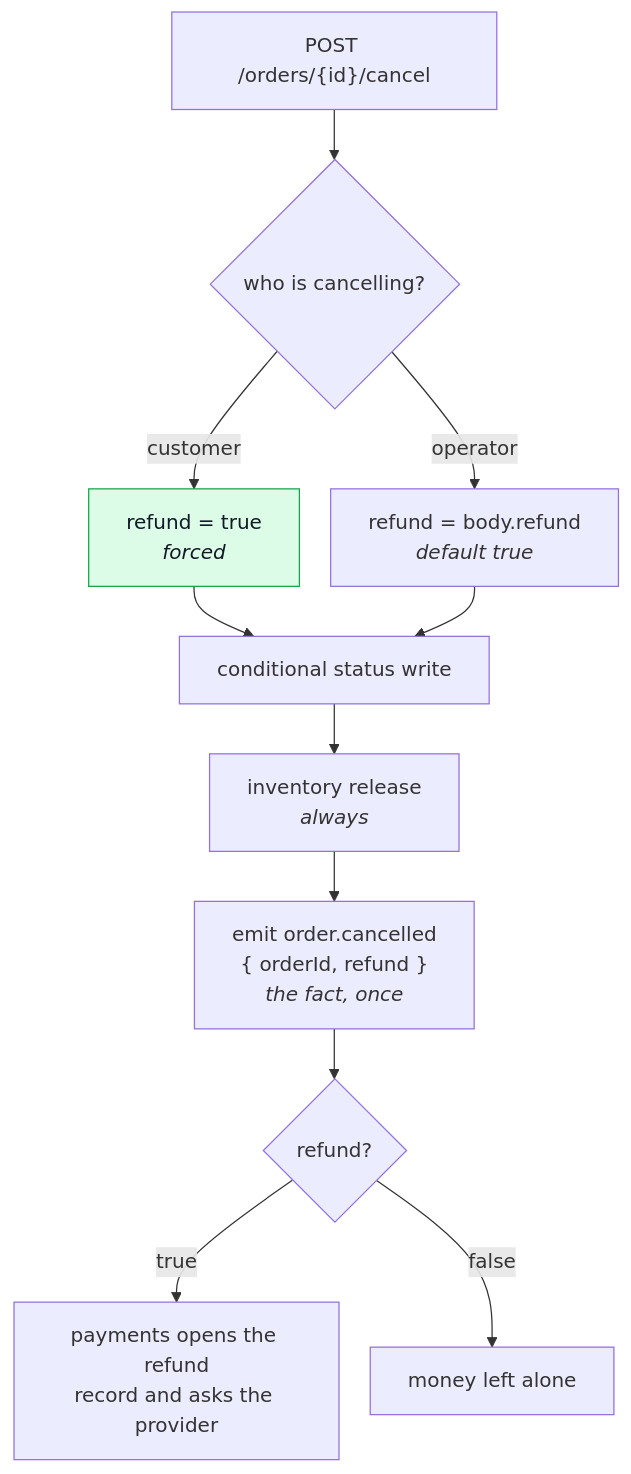
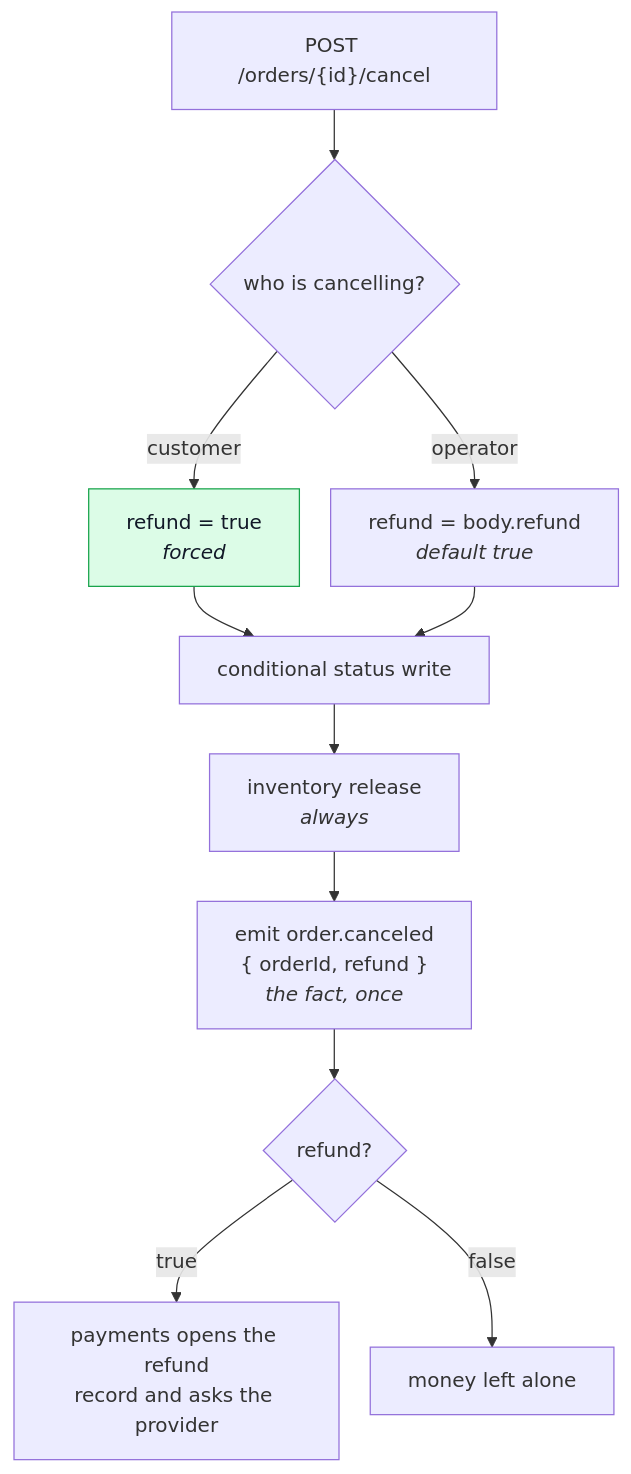
The sixth of 12 diagrams in docs/theory/tactical-ddd.md (Guebbit/boilerplate-node-backend), drawn with Mermaid before and after one commit. The commit also changed other lines of this file and 301 other files, not shown here.

````diff
--- a/docs/theory/tactical-ddd.md
+++ b/docs/theory/tactical-ddd.md
@@ -266,17 +266,17 @@
 ```mermaid
 %%{init: {'flowchart': {'nodeSpacing': 25, 'rankSpacing': 40}}}%%
 flowchart TD
     C["POST /orders/{id}/cancel"] --> S{"who is cancelling?"}
     S -->|customer| F["refund = true<br/><i>forced</i>"]
     S -->|operator| O["refund = body.refund<br/><i>default true</i>"]
     F --> W["conditional status write"]
     O --> W
     W --> R["inventory release<br/><i>always</i>"]
-    R --> E["emit order.cancelled<br/>{ orderId, refund }<br/><i>the fact, once</i>"]
+    R --> E["emit order.canceled<br/>{ orderId, refund }<br/><i>the fact, once</i>"]
     E --> P{"refund?"}
     P -->|true| M["payments opens the refund<br/>record and asks the provider"]
     P -->|false| N["money left alone"]
 
     classDef forced fill:#dcfce7,stroke:#16a34a,color:#111827;
     class F forced;
 ```
````
